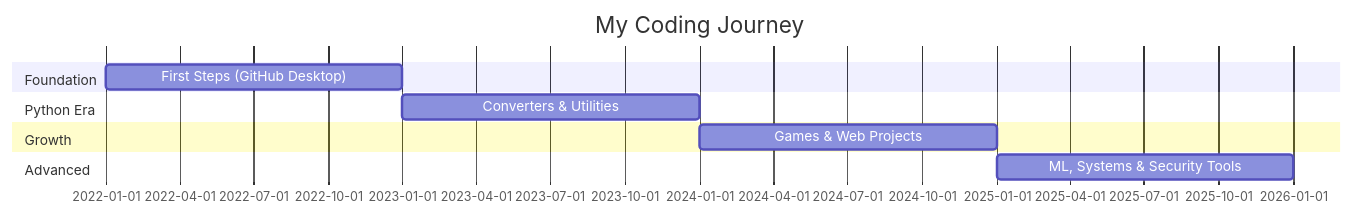
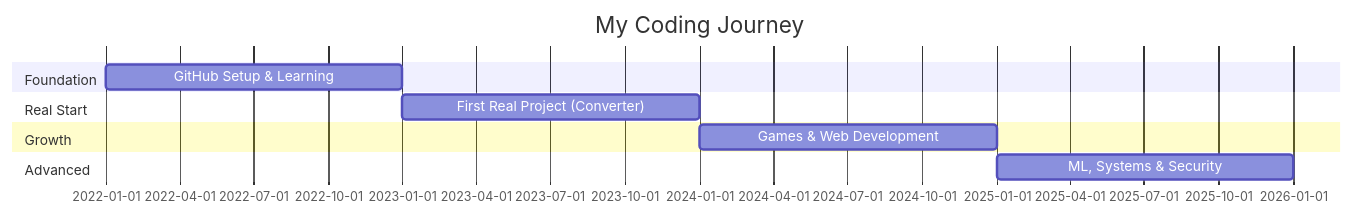
The diagram in docs/PROJECTS.md (OminduD/OminduD), drawn with Mermaid before and after one commit. The commit also changed other lines of this file and 6 other files, not shown here.

````diff
--- a/docs/PROJECTS.md
+++ b/docs/PROJECTS.md
@@ -615,13 +633,13 @@
 ```mermaid
 gantt
     title My Coding Journey
     dateFormat YYYY
     section Foundation
-    First Steps (GitHub Desktop)    :2022, 1y
-    section Python Era
-    Converters & Utilities          :2023, 1y
+    GitHub Setup & Learning         :2022, 1y
+    section Real Start
+    First Real Project (Converter)  :2023, 1y
     section Growth
-    Games & Web Projects            :2024, 1y
+    Games & Web Development         :2024, 1y
     section Advanced
-    ML, Systems & Security Tools    :2025, 1y
+    ML, Systems & Security          :2025, 1y
 ```
````
